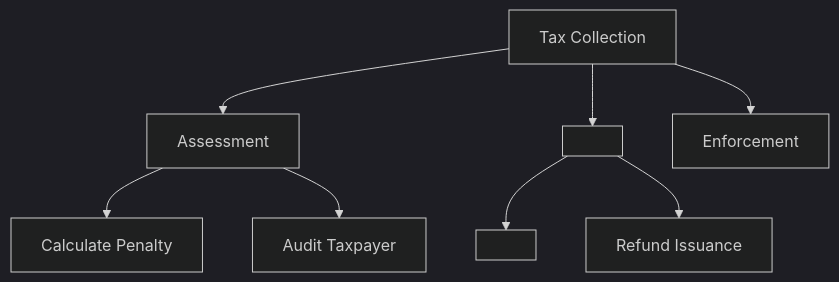
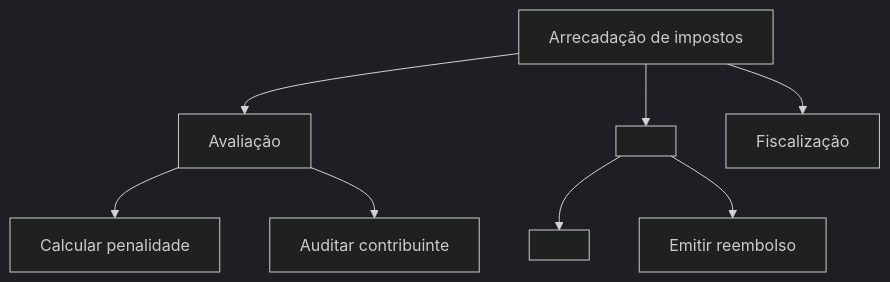
The diagram in .github/skills/capability-map/SKILL.md (paulasilvatech/datacorp-sifap-team-kit-pt-br), drawn with Mermaid (dark theme) before and after one commit. The commit also changed other lines of this file and 361 other files, not shown here.

````diff
--- a/.github/skills/capability-map/SKILL.md
+++ b/.github/skills/capability-map/SKILL.md
@@ -45,10 +45,10 @@
 ```mermaid
 flowchart TD
- A[Tax Collection] --> B[Assessment]
+ A[Arrecadação de impostos] --> B[Avaliação]
  A --> C[<Capability>]
- A --> D[Enforcement]
- B --> B1[Calculate Penalty]
- B --> B2[Audit Taxpayer]
+ A --> D[Fiscalização]
+ B --> B1[Calcular penalidade]
+ B --> B2[Auditar contribuinte]
  C --> C1[<Sub-capability>]
- C --> C2[Refund Issuance]
+ C --> C2[Emitir reembolso]
 ```
````
